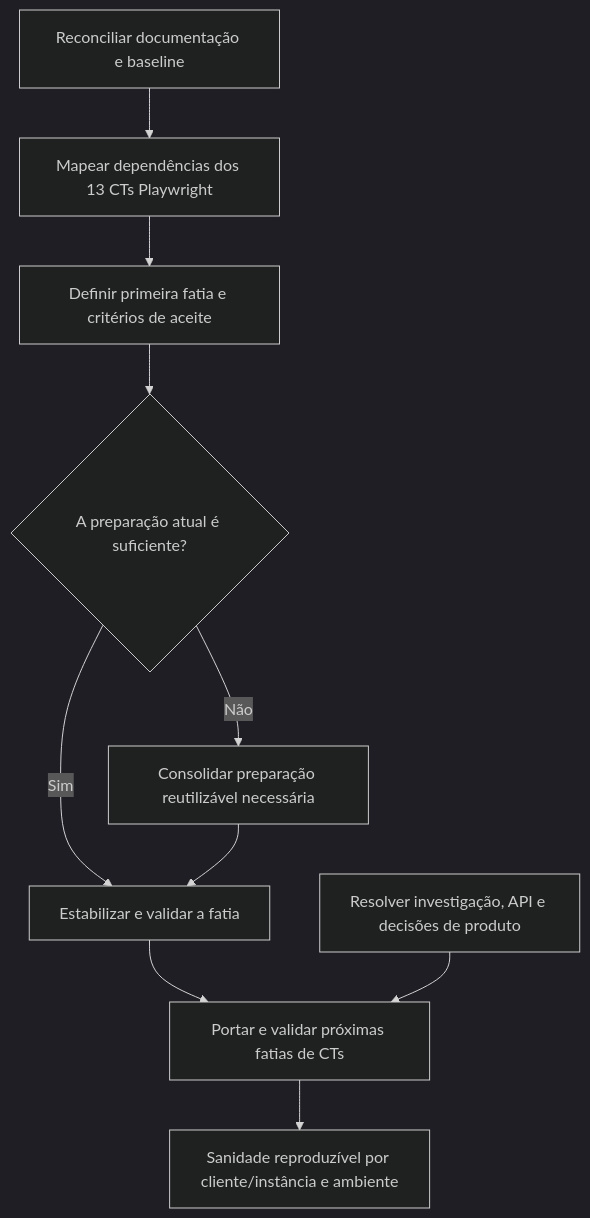
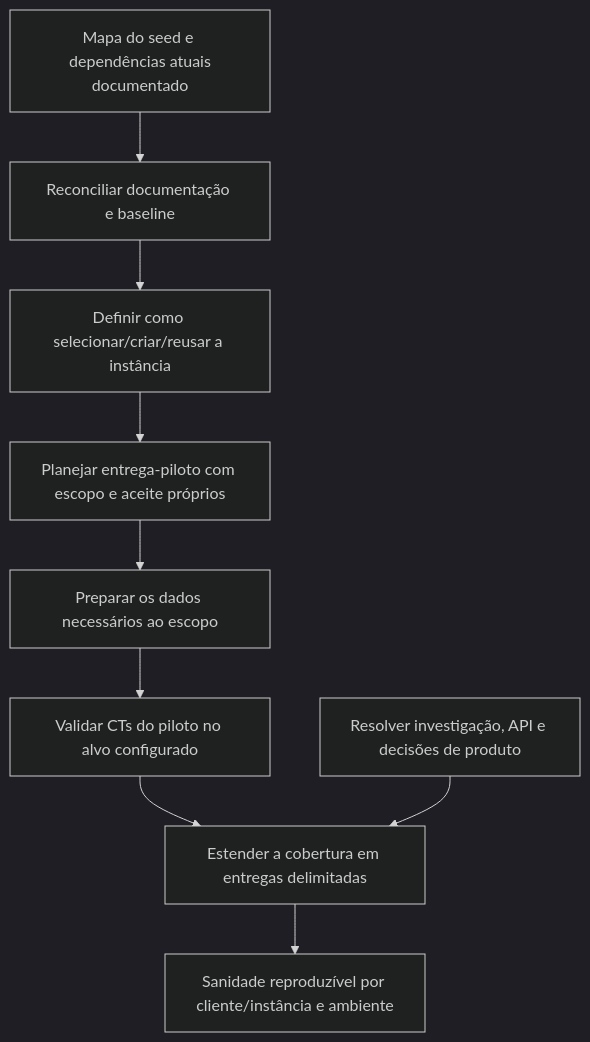
Before and after one commit to RafaCartaxo/brainwork: the diagram in QA Workspace/02 Demandas/DEV/SGV-11262 - [QA-Automação] Termo de Referência SOGOV/Roadmap - Automação TR.md, drawn with Mermaid (dark theme). The commit also changed other lines of this file and 2 other files, not shown here.

````diff
--- a/QA Workspace/02 Demandas/DEV/SGV-11262 - [QA-Automação] Termo de Referência SOGOV/Roadmap - Automação TR.md
+++ b/QA Workspace/02 Demandas/DEV/SGV-11262 - [QA-Automação] Termo de Referência SOGOV/Roadmap - Automação TR.md
@@ -68,12 +70,11 @@
 ```mermaid
 flowchart TD
-    A[Reconciliar documentação e baseline] --> B[Mapear dependências dos 13 CTs Playwright]
-    B --> C[Definir primeira fatia e critérios de aceite]
-    C --> D{A preparação atual é suficiente?}
-    D -->|Sim| E[Estabilizar e validar a fatia]
-    D -->|Não| F[Consolidar preparação reutilizável necessária]
-    F --> E
-    E --> G[Portar e validar próximas fatias de CTs]
-    H[Resolver investigação, API e decisões de produto] --> G
-    G --> I[Sanidade reproduzível por cliente/instância e ambiente]
+    M[Mapa do seed e dependências atuais<br/>documentado] --> A[Reconciliar documentação e baseline]
+    A --> B[Definir como selecionar/criar/reusar a instância]
+    B --> C[Planejar entrega-piloto com escopo e aceite próprios]
+    C --> D[Preparar os dados necessários ao escopo]
+    D --> E[Validar CTs do piloto no alvo configurado]
+    E --> F[Estender a cobertura em entregas delimitadas]
+    G[Resolver investigação, API e decisões de produto] --> F
+    F --> H[Sanidade reproduzível por cliente/instância e ambiente]
 ```
````
